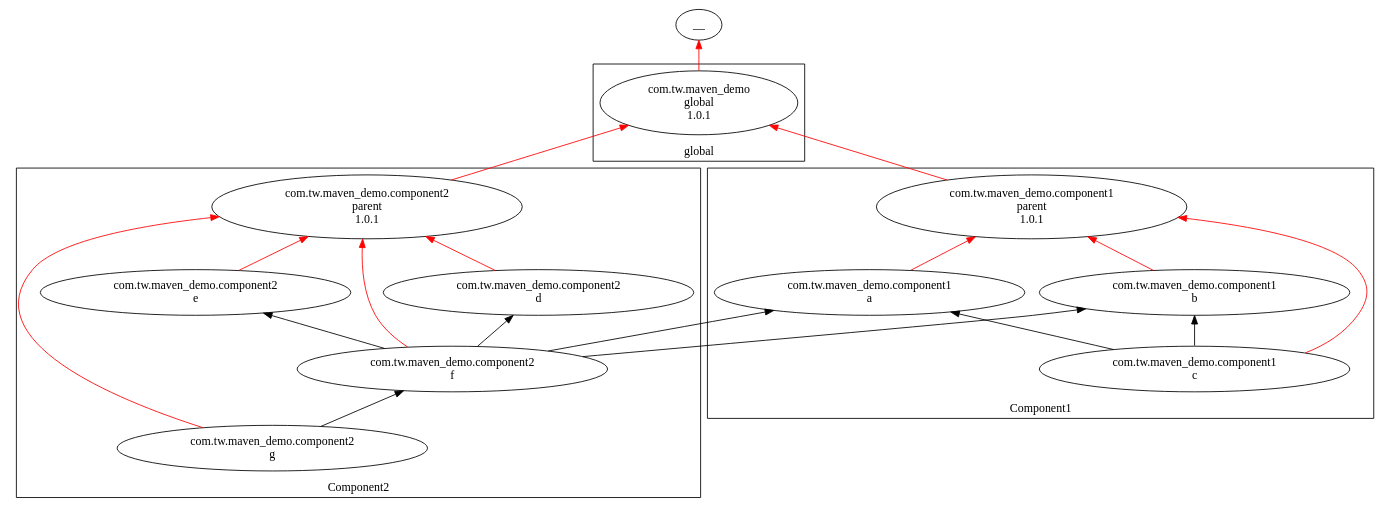
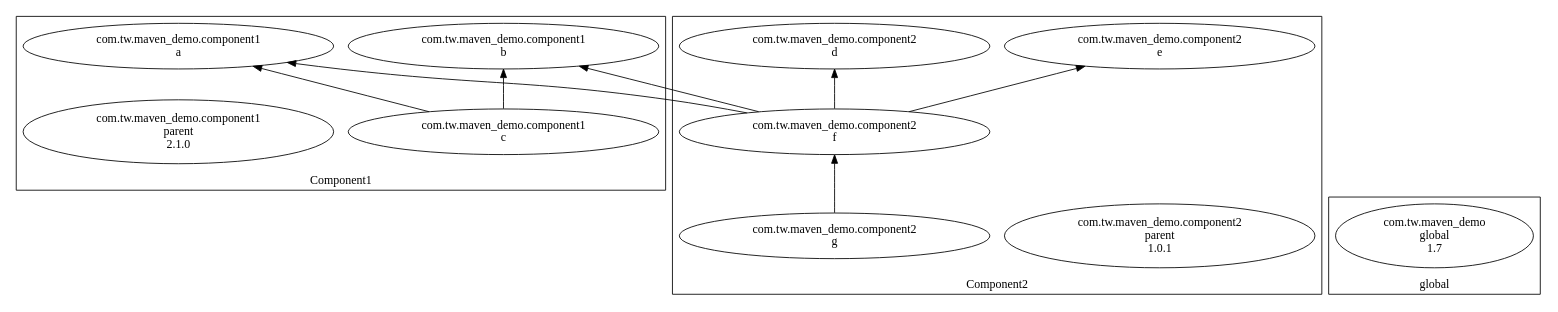
The diagram in docs/proposal_viz/dependencies.dot (skizz/maven_demo), drawn with Graphviz before and after one commit. The commit also changed 10 other files, not shown here.

Commit message:
for projects that refer to dependencies in another component, the dependency is specified to be ${<dependency-groupID>.version}, e.g. ${net.skype.cirrus.b.version}, and defined in a parent in that component

```diff
--- a/docs/proposal_viz/dependencies.dot
+++ b/docs/proposal_viz/dependencies.dot
@@ -1,37 +1,27 @@
 digraph Dependencies {
  clusterrank = "local";
  rankdir = "BT";
   subgraph cluster_Component1 { label = "Component1"; 
 com_tw_maven_demo_component1__a [label = "com.tw.maven_demo.component1\na\n"];
 com_tw_maven_demo_component1__b [label = "com.tw.maven_demo.component1\nb\n"];
 com_tw_maven_demo_component1__c [label = "com.tw.maven_demo.component1\nc\n"];
-com_tw_maven_demo_component1__parent [label = "com.tw.maven_demo.component1\nparent\n1.0.1"];
+com_tw_maven_demo_component1__parent [label = "com.tw.maven_demo.component1\nparent\n2.1.0"];
   }
   subgraph cluster_Component2 { label = "Component2"; 
 com_tw_maven_demo_component2__parent [label = "com.tw.maven_demo.component2\nparent\n1.0.1"];
 com_tw_maven_demo_component2__d [label = "com.tw.maven_demo.component2\nd\n"];
 com_tw_maven_demo_component2__e [label = "com.tw.maven_demo.component2\ne\n"];
 com_tw_maven_demo_component2__f [label = "com.tw.maven_demo.component2\nf\n"];
 com_tw_maven_demo_component2__g [label = "com.tw.maven_demo.component2\ng\n"];
   }
   subgraph cluster_global { label = "global"; 
-com_tw_maven_demo__global [label = "com.tw.maven_demo\nglobal\n1.0.1"];
+com_tw_maven_demo__global [label = "com.tw.maven_demo\nglobal\n1.7"];
   }
   com_tw_maven_demo_component1__c -> com_tw_maven_demo_component1__a;
   com_tw_maven_demo_component1__c -> com_tw_maven_demo_component1__b;
   com_tw_maven_demo_component2__f -> com_tw_maven_demo_component1__a;
   com_tw_maven_demo_component2__f -> com_tw_maven_demo_component1__b;
   com_tw_maven_demo_component2__f -> com_tw_maven_demo_component2__d;
   com_tw_maven_demo_component2__f -> com_tw_maven_demo_component2__e;
   com_tw_maven_demo_component2__g -> com_tw_maven_demo_component2__f;
-  com_tw_maven_demo_component1__a -> com_tw_maven_demo_component1__parent[color = "red"];
-  com_tw_maven_demo_component1__b -> com_tw_maven_demo_component1__parent[color = "red"];
-  com_tw_maven_demo_component2__parent -> com_tw_maven_demo__global[color = "red"];
-  com_tw_maven_demo_component2__d -> com_tw_maven_demo_component2__parent[color = "red"];
-  com_tw_maven_demo_component1__c -> com_tw_maven_demo_component1__parent[color = "red"];
-  com_tw_maven_demo_component2__e -> com_tw_maven_demo_component2__parent[color = "red"];
-  com_tw_maven_demo_component1__parent -> com_tw_maven_demo__global[color = "red"];
-  com_tw_maven_demo_component2__f -> com_tw_maven_demo_component2__parent[color = "red"];
-  com_tw_maven_demo_component2__g -> com_tw_maven_demo_component2__parent[color = "red"];
-  com_tw_maven_demo__global -> __[color = "red"];
 }
```
